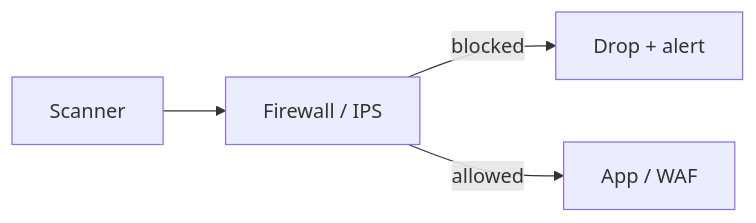
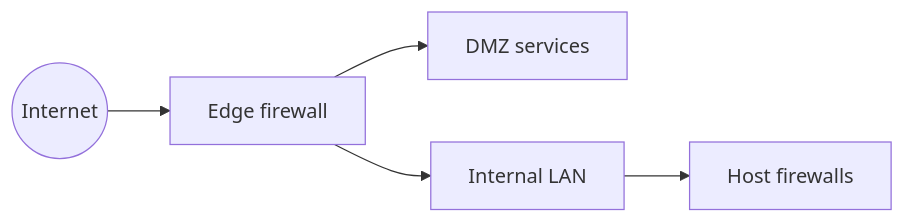
One commit to omnayak27199/pktana changed the fifth of 9 diagrams in learning/10-network-security.md. Above: the diagram before and after it, drawn with Mermaid. The commit also changed other lines of this file and 14 other files, not shown here.

````diff
--- a/learning/10-network-security.md
+++ b/learning/10-network-security.md
@@ -46,6 +143,7 @@
 ```mermaid
 flowchart LR
-  Scanner --> Edge[Firewall / IPS]
-  Edge -->|blocked| Drop[Drop + alert]
-  Edge -->|allowed| App[App / WAF]
+  Internet((Internet)) --> EdgeFW[Edge firewall]
+  EdgeFW --> DMZ[DMZ services]
+  EdgeFW --> Internal[Internal LAN]
+  Internal --> HostFW[Host firewalls]
 ```
````
